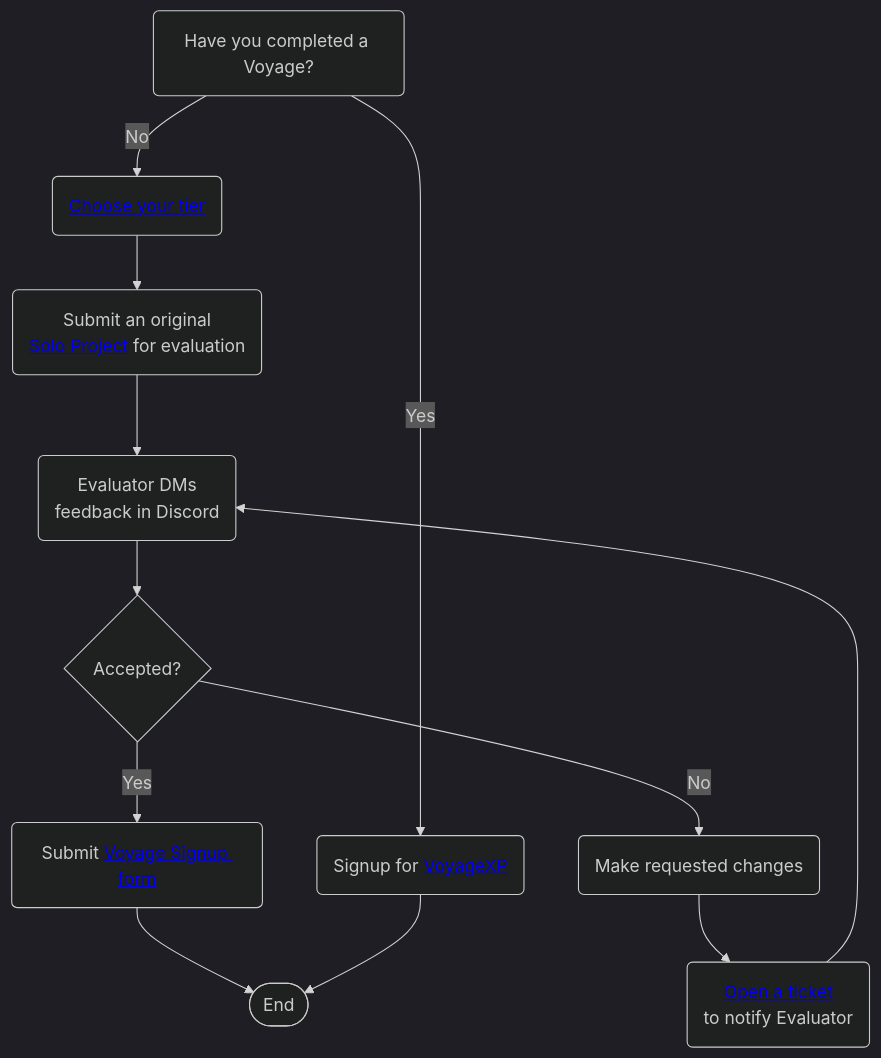
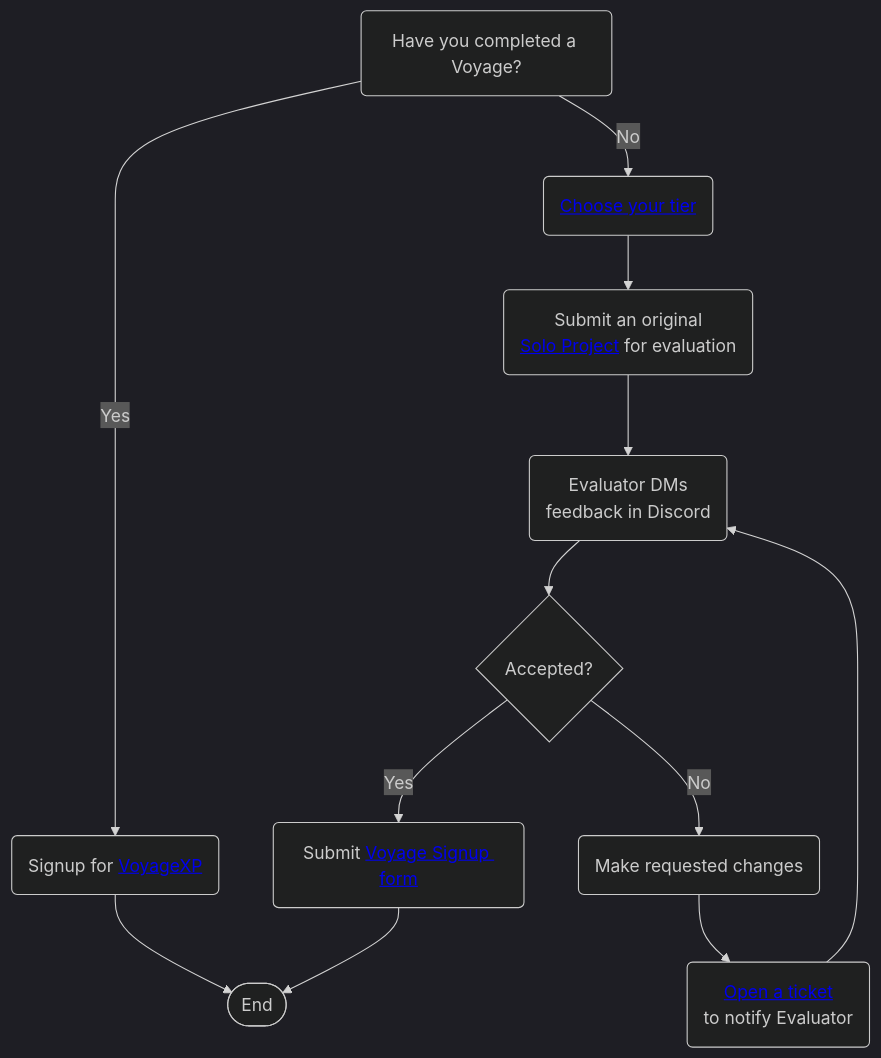
One commit to chingu-voyages/Handbook changed the diagram in README.md. Above: the diagram before and after it, drawn with Mermaid (dark theme).

Commit message:
Feature: Reorganize signup flowchart for clarity

````diff
--- a/README.md
+++ b/README.md
@@ -50,14 +50,14 @@
 ```mermaid
 flowchart TB
    A(Have you completed a Voyage?) -- No --> B(<a href='https://github.com/chingu-voyages/Handbook/blob/main/docs/guides/soloproject/soloproject.md#1-choose-your-tier-1%EF%B8%8F%E2%83%A3-2%EF%B8%8F%E2%83%A3-3%EF%B8%8F%E2%83%A3' target='_blank'>Choose your tier</a>);
    A -- Yes --> C(Signup for <a href='https://forms.gle/dFaNuYWAjARd99qo8' target='_blank'>VoyageXP</a>);
+   C --> Z([End]);
    B --> D(Submit an original</br><a href='https://github.com/chingu-voyages/Handbook/blob/main/docs/guides/soloproject/soloproject.md' target='_blank'>Solo Project</a> for evaluation);
    D --> E(Evaluator DMs</br>feedback in Discord);
    E --> F{Accepted?};
    F -- Yes --> G(Submit <a href='https://forms.gle/dFaNuYWAjARd99qo8' target='_blank'>Voyage Signup form</a>);
+   G --> Z([End]);
    F -- No --> H(Make requested changes);
    H --> I(<a href='https://discord.com/channels/330284646283608064/1193342042080817323' target='_blank'>Open a ticket</a></br>to notify Evaluator);
    I --> E;
-   G --> Z([End]);
-   C --> Z;
 ```
````
